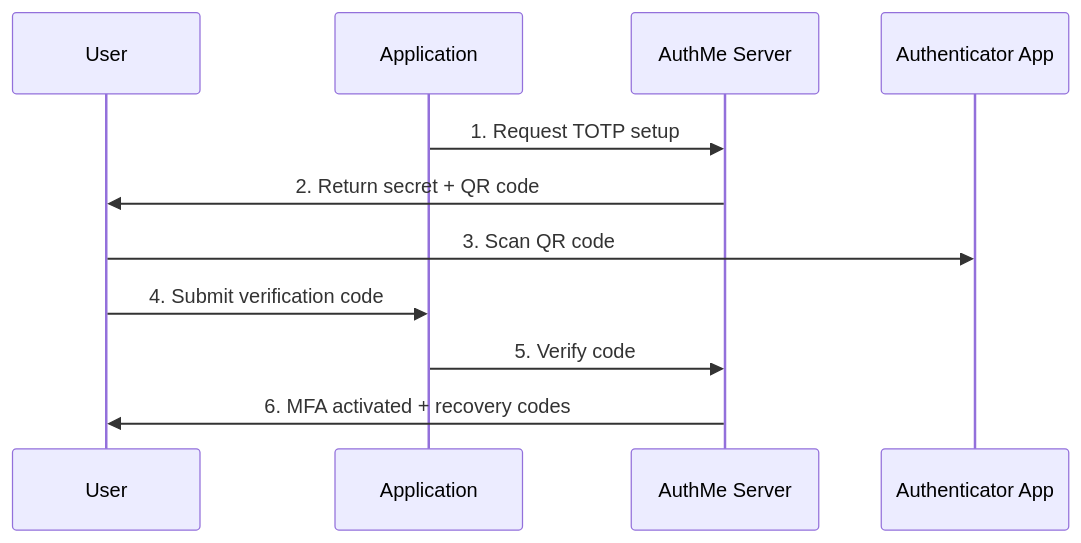
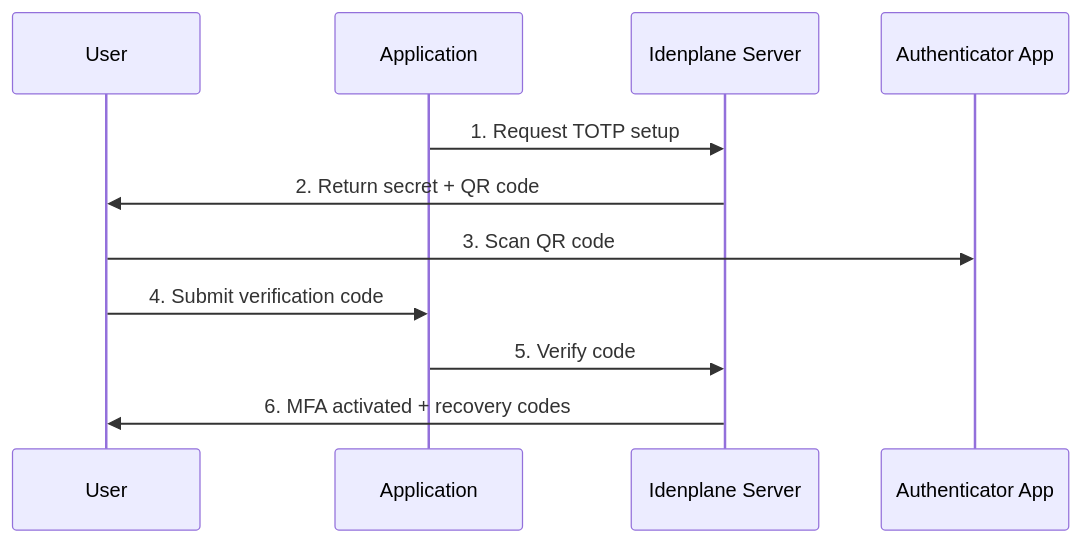
One commit to idenplane/idenplane changed the first of 2 diagrams in docs/docs/guides/mfa.mdx. Above: the diagram before and after it, drawn with Mermaid. The commit also changed other lines of this file and 582 other files, not shown here.

First line of the commit message:
chore(rebrand): rename project from AuthMe to Idenplane (#889)

````diff
--- a/docs/docs/guides/mfa.mdx
+++ b/docs/docs/guides/mfa.mdx
@@ -32,14 +32,14 @@
 ```mermaid
 sequenceDiagram
     participant User as User
     participant App as Application
-    participant AuthMe as AuthMe Server
+    participant Idenplane as Idenplane Server
     participant Auth as Authenticator App
 
-    App->>AuthMe: 1. Request TOTP setup
-    AuthMe->>User: 2. Return secret + QR code
+    App->>Idenplane: 1. Request TOTP setup
+    Idenplane->>User: 2. Return secret + QR code
     User->>Auth: 3. Scan QR code
     User->>App: 4. Submit verification code
-    App->>AuthMe: 5. Verify code
-    AuthMe->>User: 6. MFA activated + recovery codes
+    App->>Idenplane: 5. Verify code
+    Idenplane->>User: 6. MFA activated + recovery codes
 ```
````
